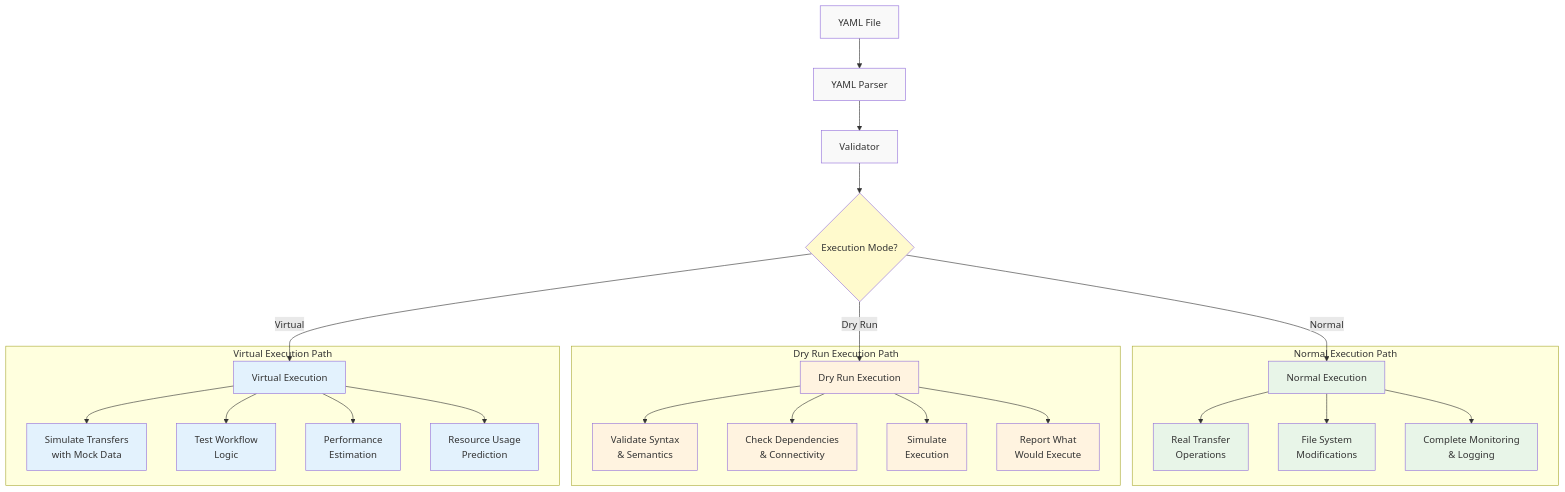
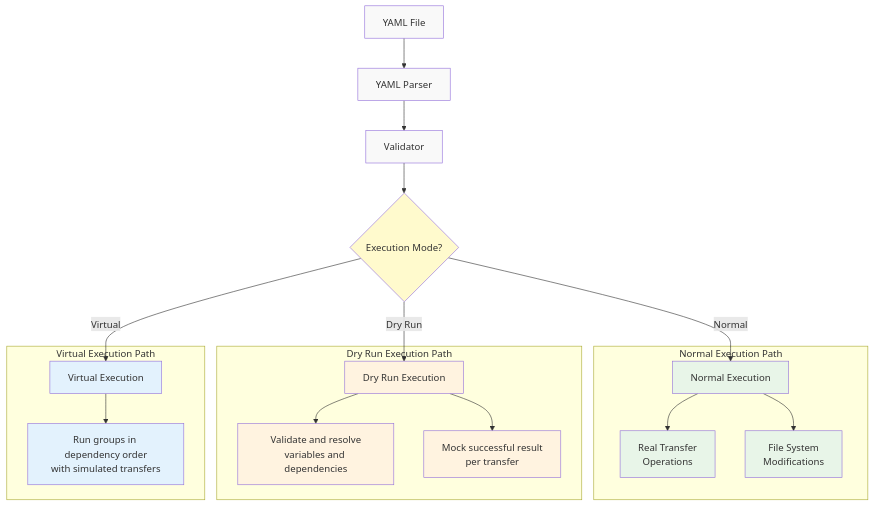
Diagram 11 of 11 in docs-design/design/QUORUS_SYSTEM_DESIGN.md (mraysmit/quorus), drawn with Mermaid before and after one commit. The commit also changed other lines of this file and 50 other files, not shown here.

````diff
--- a/docs-design/design/QUORUS_SYSTEM_DESIGN.md
+++ b/docs-design/design/QUORUS_SYSTEM_DESIGN.md
@@ -3131,53 +1835,41 @@
 ```mermaid
 graph TD
     YF[YAML File] --> VP[YAML Parser]
     VP --> VV[Validator]
     VV --> DR{Execution Mode?}
 
     DR -->|Normal| NE[Normal Execution]
     DR -->|Dry Run| DRE[Dry Run Execution]
     DR -->|Virtual| VE[Virtual Execution]
 
     subgraph "Normal Execution Path"
         NE --> RTO[Real Transfer<br/>Operations]
         NE --> FSM[File System<br/>Modifications]
-        NE --> CML[Complete Monitoring<br/>& Logging]
     end
 
     subgraph "Dry Run Execution Path"
-        DRE --> VSV[Validate Syntax<br/>& Semantics]
-        DRE --> CDC[Check Dependencies<br/>& Connectivity]
-        DRE --> SE[Simulate<br/>Execution]
-        DRE --> RWE[Report What<br/>Would Execute]
+        DRE --> VSV[Validate and resolve<br/>variables and dependencies]
+        DRE --> RWE[Mock successful result<br/>per transfer]
     end
 
     subgraph "Virtual Execution Path"
-        VE --> STM[Simulate Transfers<br/>with Mock Data]
-        VE --> TWL[Test Workflow<br/>Logic]
-        VE --> PE[Performance<br/>Estimation]
-        VE --> RUP[Resource Usage<br/>Prediction]
+        VE --> STM[Run groups in dependency order<br/>with simulated transfers]
     end
 
     %% Styling
     style YF fill:#f9f9f9
     style VP fill:#f9f9f9
     style VV fill:#f9f9f9
     style DR fill:#fffacd
 
     style NE fill:#e8f5e8
     style RTO fill:#e8f5e8
     style FSM fill:#e8f5e8
-    style CML fill:#e8f5e8
 
     style DRE fill:#fff3e0
     style VSV fill:#fff3e0
-    style CDC fill:#fff3e0
-    style SE fill:#fff3e0
     style RWE fill:#fff3e0
 
     style VE fill:#e3f2fd
     style STM fill:#e3f2fd
-    style TWL fill:#e3f2fd
-    style PE fill:#e3f2fd
-    style RUP fill:#e3f2fd
 ```
````
